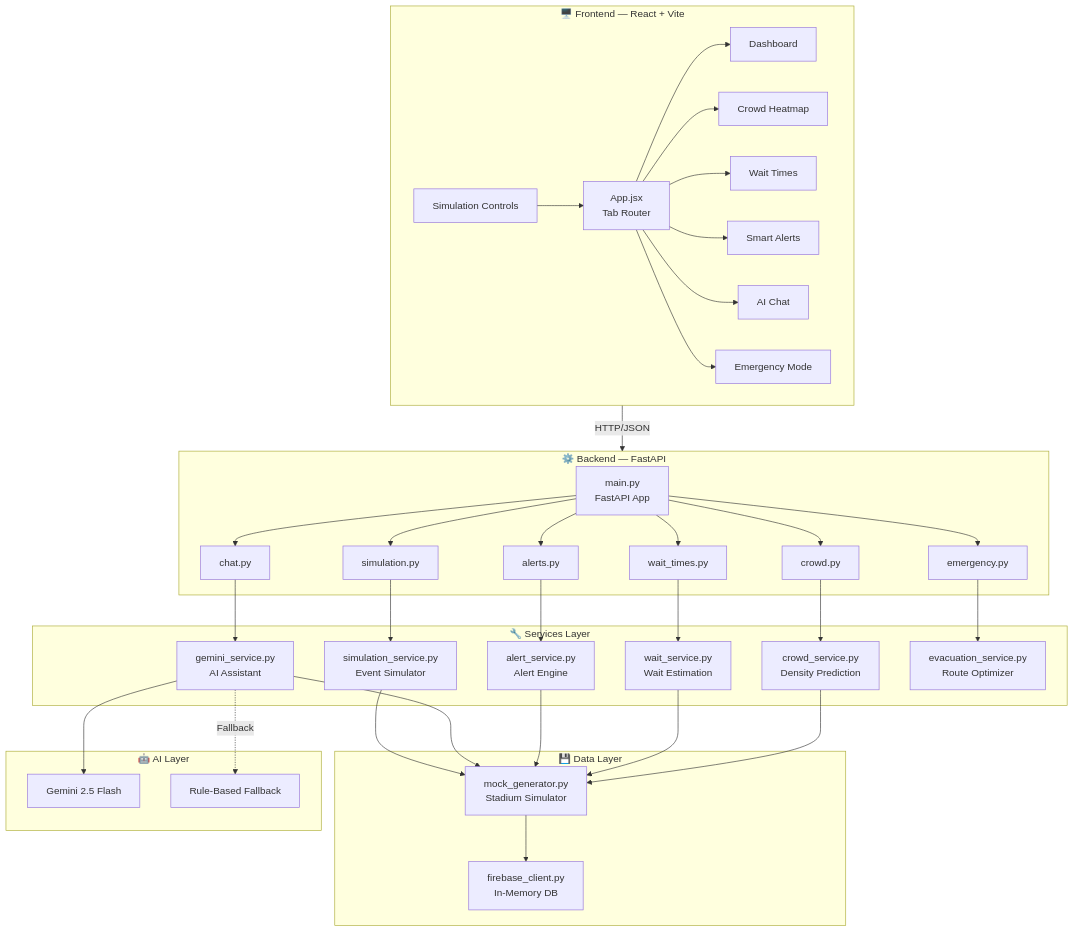
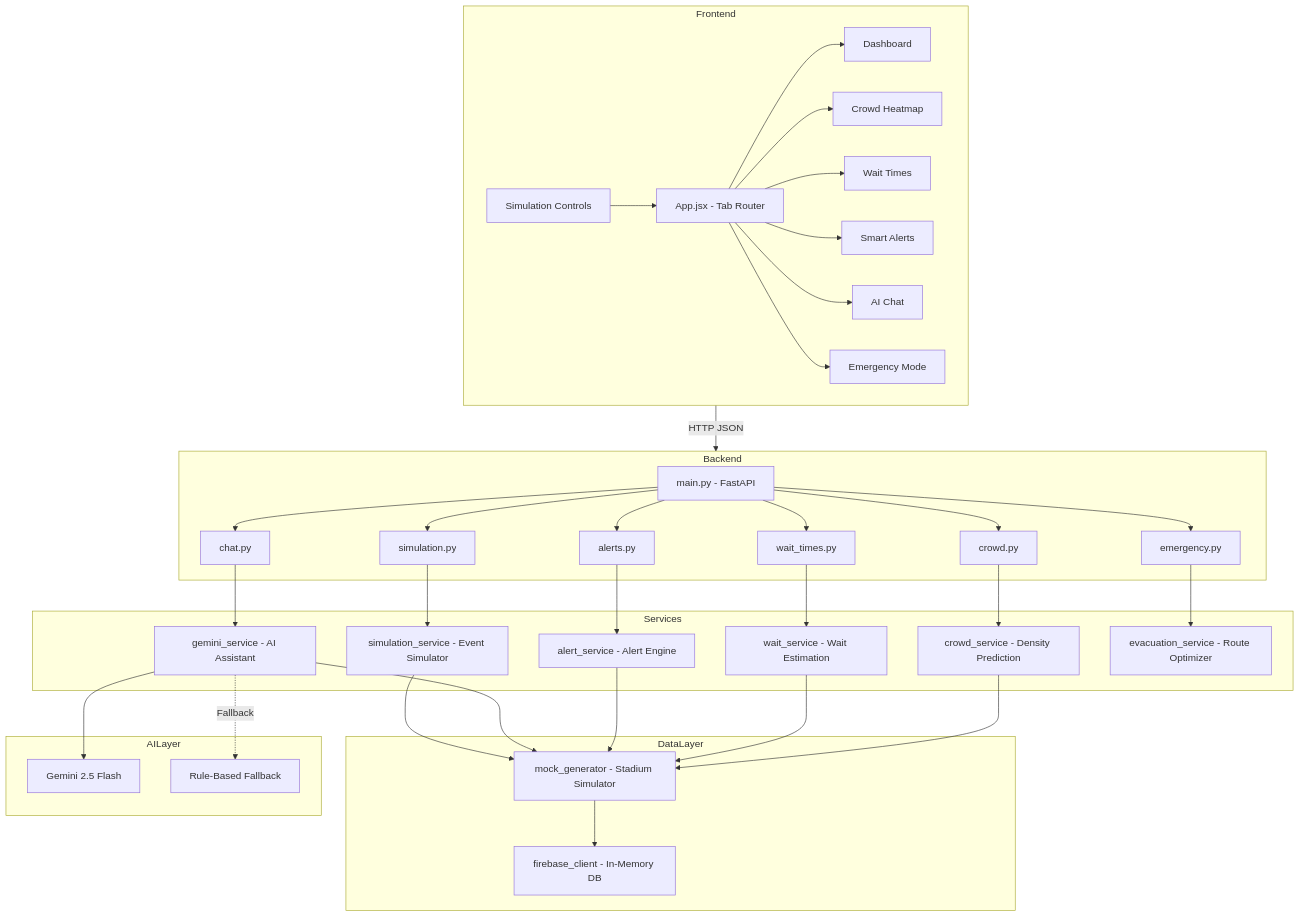
Before and after one commit to dpkpaswan/flowmind-ai: the first of 3 diagrams in README.md, drawn with Mermaid. The commit also changed other lines of this file, not shown here.

Commit message:
docs: fix README formatting for GitHub - clean mermaid diagrams and markdown

````diff
--- a/README.md
+++ b/README.md
@@ -33,58 +34,71 @@
 ```mermaid
 graph TB
-    subgraph Frontend ["🖥️ Frontend — React + Vite"]
-        UI[App.jsx<br/>Tab Router]
-        D[Dashboard]
-        H[Crowd Heatmap]
-        W[Wait Times]
-        A[Smart Alerts]
-        C[AI Chat]
-        E[Emergency Mode]
-        S[Simulation Controls]
-        UI --> D & H & W & A & C & E
+    subgraph Frontend
+        UI["App.jsx - Tab Router"]
+        D["Dashboard"]
+        H["Crowd Heatmap"]
+        W["Wait Times"]
+        A["Smart Alerts"]
+        C["AI Chat"]
+        E["Emergency Mode"]
+        S["Simulation Controls"]
+        UI --> D
+        UI --> H
+        UI --> W
+        UI --> A
+        UI --> C
+        UI --> E
         S --> UI
     end
 
-    subgraph Backend ["⚙️ Backend — FastAPI"]
-        API[main.py<br/>FastAPI App]
-        R1[crowd.py]
-        R2[wait_times.py]
-        R3[alerts.py]
-        R4[chat.py]
-        R5[simulation.py]
-        R6[emergency.py]
-        API --> R1 & R2 & R3 & R4 & R5 & R6
+    subgraph Backend
+        API["main.py - FastAPI"]
+        R1["crowd.py"]
+        R2["wait_times.py"]
+        R3["alerts.py"]
+        R4["chat.py"]
+        R5["simulation.py"]
+        R6["emergency.py"]
+        API --> R1
+        API --> R2
+        API --> R3
+        API --> R4
+        API --> R5
+        API --> R6
     end
 
-    subgraph Services ["🔧 Services Layer"]
-        CS[crowd_service.py<br/>Density Prediction]
-        WS[wait_service.py<br/>Wait Estimation]
-        AS[alert_service.py<br/>Alert Engine]
-        GS[gemini_service.py<br/>AI Assistant]
-        SS[simulation_service.py<br/>Event Simulator]
-        ES[evacuation_service.py<br/>Route Optimizer]
+    subgraph Services
+        CS["crowd_service - Density Prediction"]
+        WS["wait_service - Wait Estimation"]
+        AS["alert_service - Alert Engine"]
+        GS["gemini_service - AI Assistant"]
+        SS["simulation_service - Event Simulator"]
+        ES["evacuation_service - Route Optimizer"]
     end
 
-    subgraph Data ["💾 Data Layer"]
-        MG[mock_generator.py<br/>Stadium Simulator]
-        FB[firebase_client.py<br/>In-Memory DB]
+    subgraph DataLayer
+        MG["mock_generator - Stadium Simulator"]
+        FB["firebase_client - In-Memory DB"]
     end
 
-    subgraph AI ["🤖 AI Layer"]
-        GM[Gemini 2.5 Flash]
-        FB2[Rule-Based Fallback]
+    subgraph AILayer
+        GM["Gemini 2.5 Flash"]
+        FB2["Rule-Based Fallback"]
     end
 
-    Frontend -->|HTTP/JSON| Backend
+    Frontend -->|HTTP JSON| Backend
     R1 --> CS
     R2 --> WS
     R3 --> AS
     R4 --> GS
     R5 --> SS
     R6 --> ES
-    CS & WS & AS & GS --> MG
+    CS --> MG
+    WS --> MG
+    AS --> MG
+    GS --> MG
     MG --> FB
     GS --> GM
     GS -.->|Fallback| FB2
     SS --> MG
 ```
````
